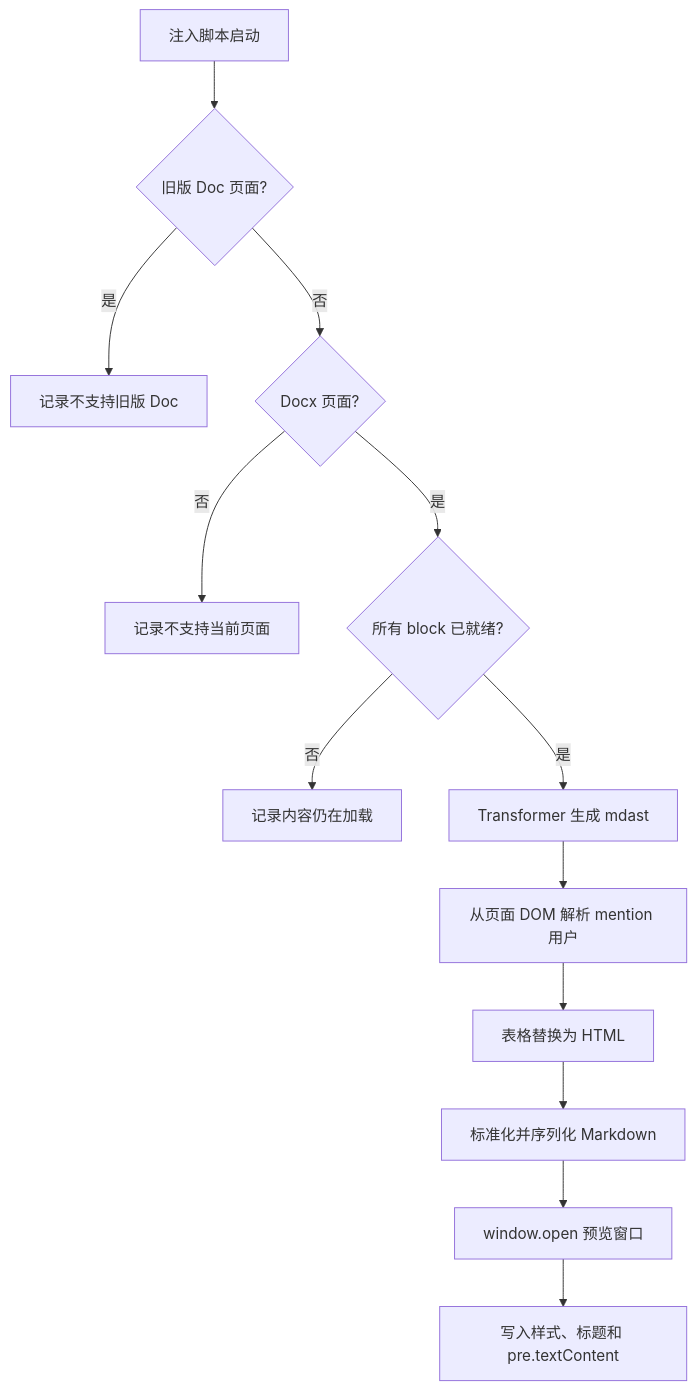
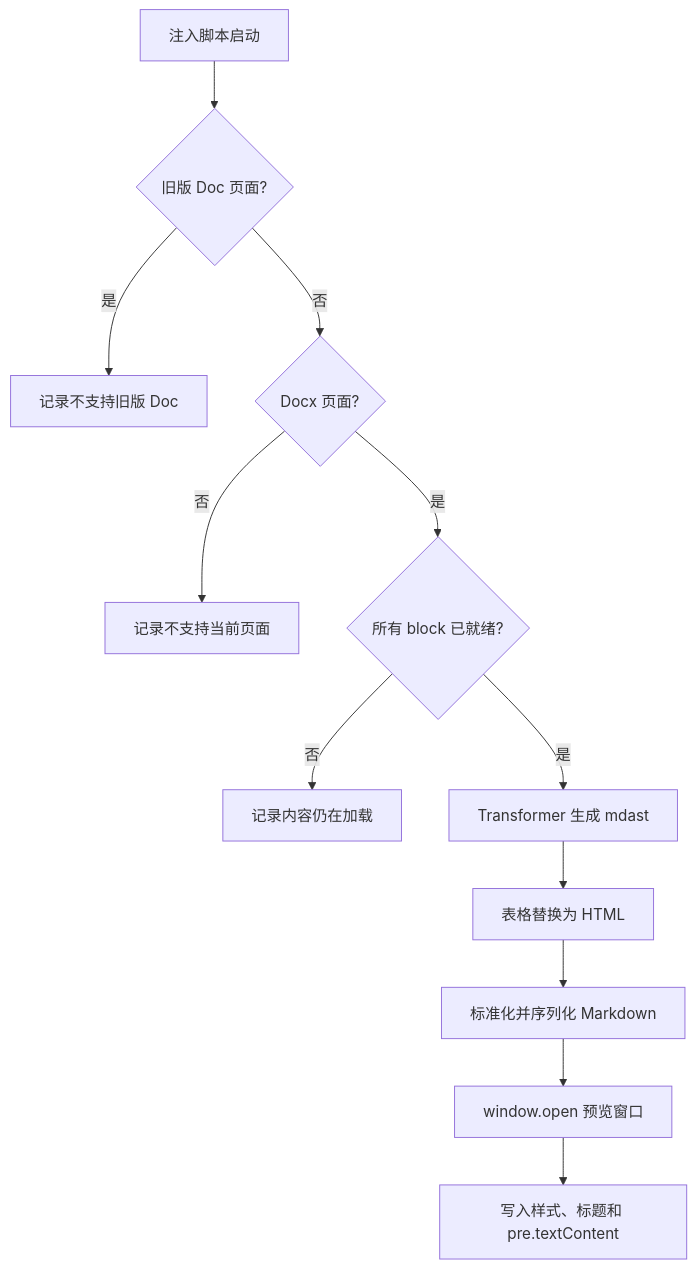
The third of 3 diagrams in docs/architecture-design.md (zhangpengfei-xyz/cloud-document-converter), drawn with Mermaid before and after one commit. The commit also changed other lines of this file and 9 other files, not shown here.

````diff
--- a/docs/architecture-design.md
+++ b/docs/architecture-design.md
@@ -402,15 +403,14 @@
 ```mermaid
 flowchart TD
   Start["注入脚本启动"] --> OldDoc{"旧版 Doc 页面?"}
   OldDoc -->|是| RejectOld["记录不支持旧版 Doc"]
   OldDoc -->|否| DocxPage{"Docx 页面?"}
   DocxPage -->|否| Reject["记录不支持当前页面"]
   DocxPage -->|是| Ready{"所有 block 已就绪?"}
   Ready -->|否| Loading["记录内容仍在加载"]
   Ready -->|是| Transform["Transformer 生成 mdast"]
-  Transform --> Mentions["从页面 DOM 解析 mention 用户"]
-  Mentions --> Tables["表格替换为 HTML"]
+  Transform --> Tables["表格替换为 HTML"]
   Tables --> Stringify["标准化并序列化 Markdown"]
   Stringify --> Open["window.open 预览窗口"]
   Open --> Render["写入样式、标题和 pre.textContent"]
 ```
````
